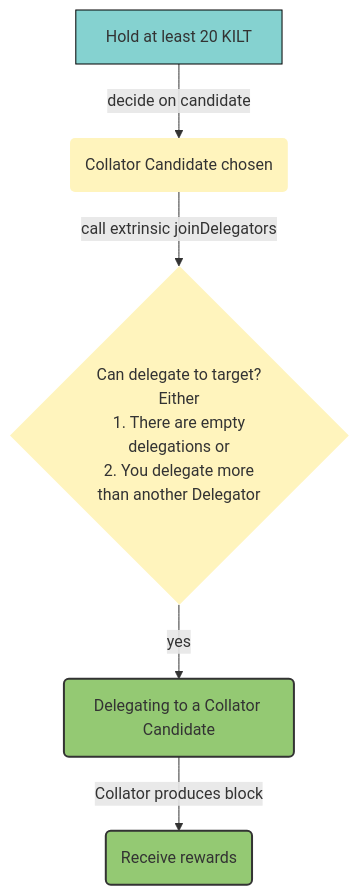
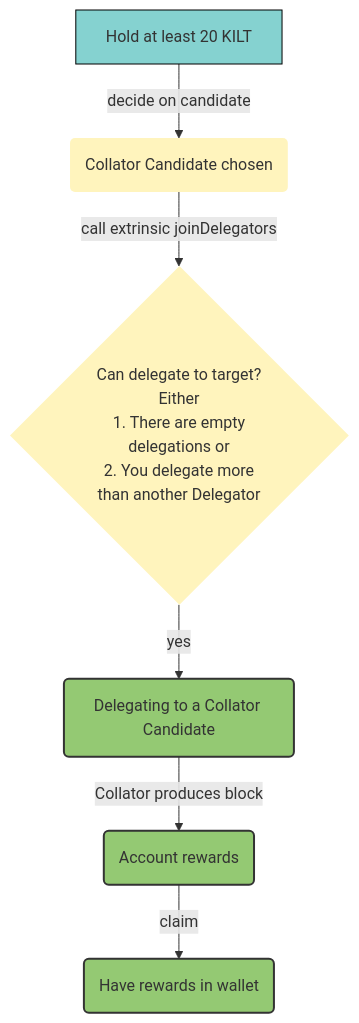
Before and after one commit to KILTprotocol/docs: the first of 2 diagrams in docs/participate/01_staking/03_delegate/02_become.md, drawn with Mermaid. The commit also changed 19 other files, not shown here.

Commit message:
feat: add staking rewards claim sections

````diff
--- a/docs/participate/01_staking/03_delegate/02_become.md
+++ b/docs/participate/01_staking/03_delegate/02_become.md
@@ -37,20 +37,22 @@
 ```mermaid
 flowchart TD
    A["Hold at least 20 KILT"] --> |"decide on candidate"| B("Collator Candidate chosen");
    B --> |"call extrinsic joinDelegators"| C{"Can delegate to target? \n Either \n 1. There are empty \n delegations or \n 2. You delegate more \n than another Delegator"};
    C --> |yes| D("Delegating to a Collator Candidate")
-   D --> |"Collator produces block"| E("Receive rewards")
+   D --> |"Collator produces block"| E("Account rewards")
+   E --> |"claim"| F("Have rewards in wallet")
     %% Styles
     A:::unstakedFreeKilt
     B:::preDelegationCheck
     C:::preDelegationCheck
     D:::activelyDelegating
     E:::activelyDelegating
+    F:::activelyDelegating
     
     %% StyleDef
     classDef preDelegationCheck fill:#FFF4BD,stroke:none;
     classDef notDelegating fill:#F1C0B9, stroke:black, stroke-width:1px;;
     classDef unstakedFreeKilt fill:#85D2D0,stroke:black, stroke-width:1px;
     classDef activelyDelegating fill:#94C973,stroke:#333, stroke-width:2px;
     classDef preUnlockStaked fill:#F37970, stroke:black;
 ```
````
